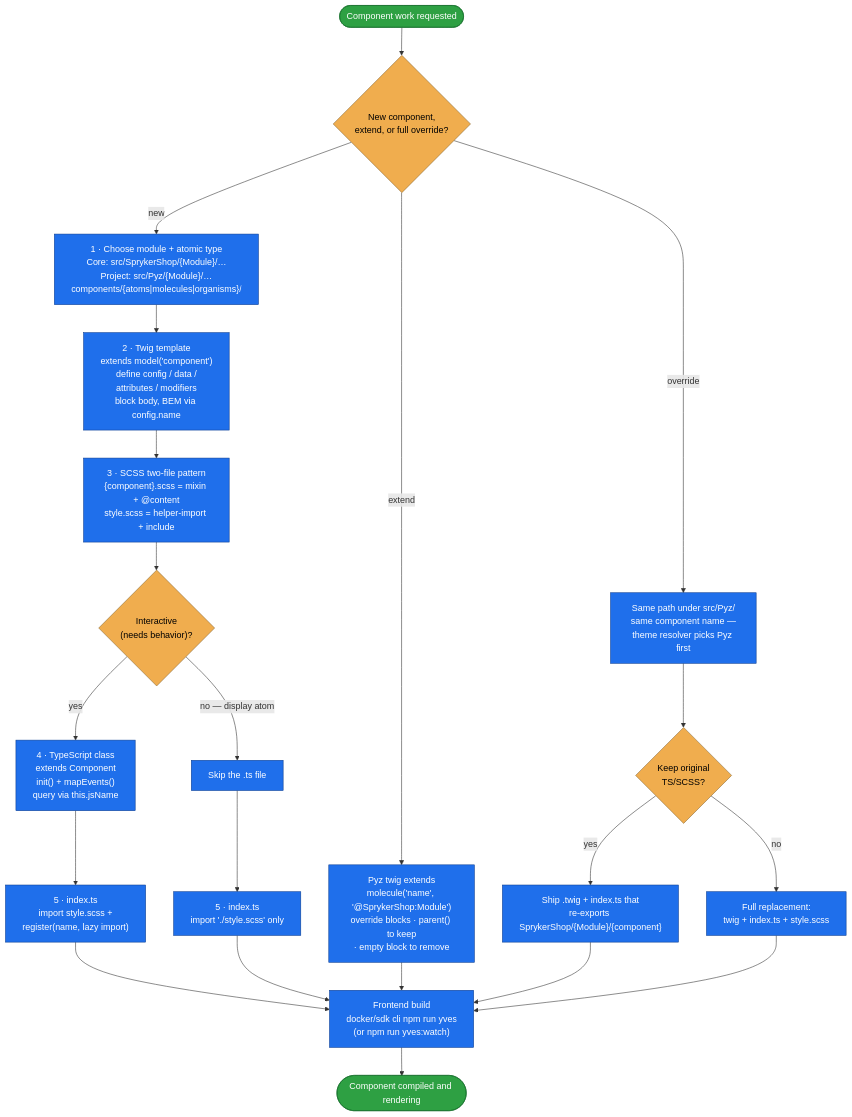
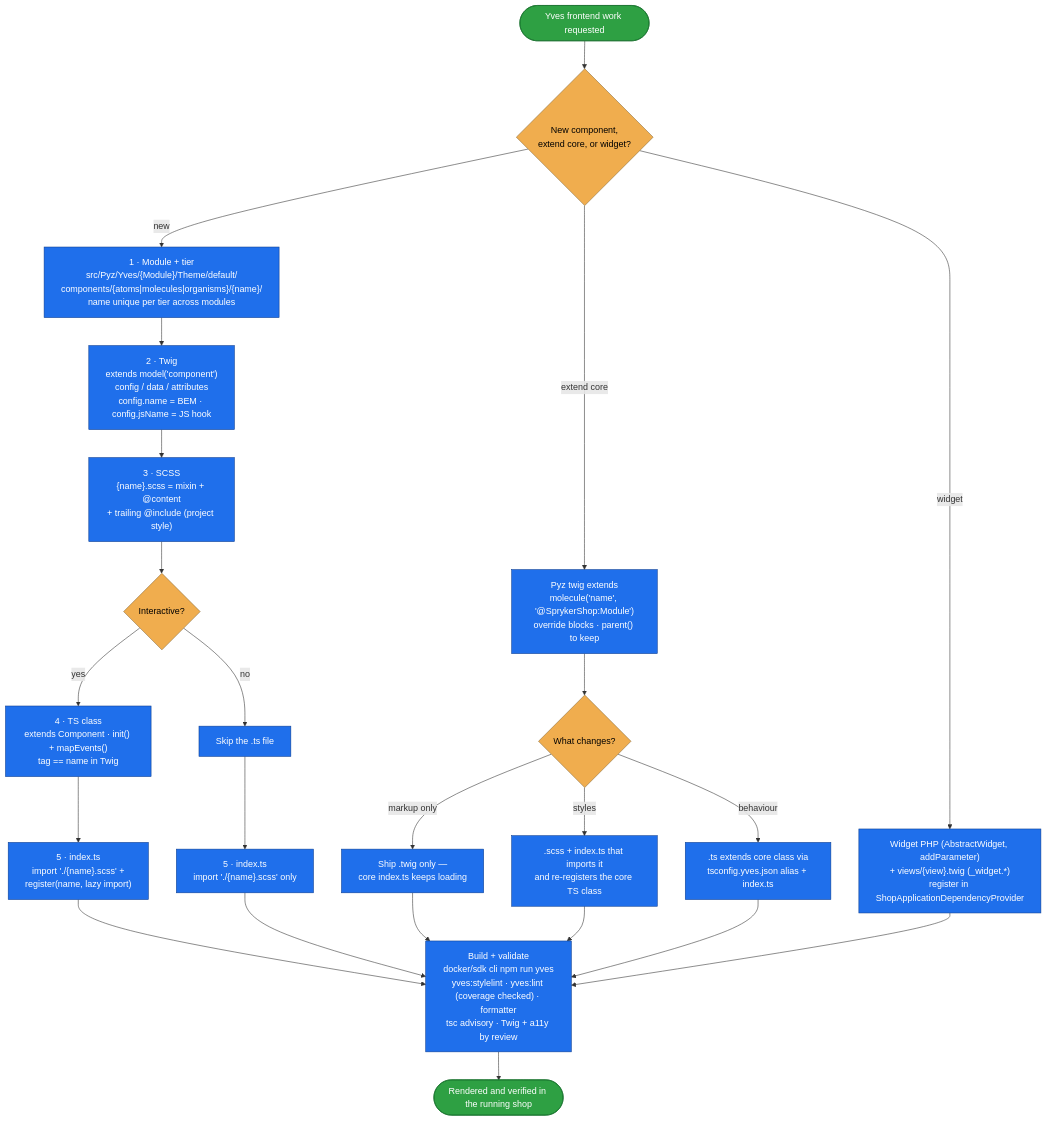
One commit to spryker-sdk/ai-dev changed the diagram in plugins/spryker-ai-dev-sdk/skills/yves-atomic-frontend/README.md. Above: the diagram before and after it, drawn with Mermaid. The commit also changed other lines of this file and 16 other files, not shown here.

First line of the commit message:
CC-40507: Migrate frontend rules and skills from suite to project scope

````diff
--- a/plugins/spryker-ai-dev-sdk/skills/yves-atomic-frontend/README.md
+++ b/plugins/spryker-ai-dev-sdk/skills/yves-atomic-frontend/README.md
@@ -22,35 +26,37 @@
 ```mermaid
 flowchart TD
-    A([Component work requested]) --> B{"New component,<br/>extend, or full override?"}
+    A([Yves frontend work requested]) --> B{"New component,<br/>extend core, or widget?"}
 
-    B -- "new" --> C["1 · Choose module + atomic type<br/>Core: src/SprykerShop/{Module}/…<br/>Project: src/Pyz/{Module}/…<br/>components/{atoms|molecules|organisms}/"]
-    C --> D["2 · Twig template<br/>extends model('component')<br/>define config / data /<br/>attributes / modifiers<br/>block body, BEM via config.name"]
-    D --> E["3 · SCSS two-file pattern<br/>{component}.scss = mixin + @content<br/>style.scss = helper-import + include"]
-    E --> F{"Interactive<br/>(needs behavior)?"}
-    F -- "yes" --> G["4 · TypeScript class<br/>extends Component<br/>init() + mapEvents()<br/>query via this.jsName"]
-    F -- "no — display atom" --> H["Skip the .ts file"]
-    G --> I["5 · index.ts<br/>import style.scss +<br/>register(name, lazy import)"]
-    H --> I2["5 · index.ts<br/>import './style.scss' only"]
-    I --> BUILD
-    I2 --> BUILD
+    B -- "new" --> C["1 · Module + tier<br/>src/Pyz/Yves/{Module}/Theme/default/<br/>components/{atoms|molecules|organisms}/{name}/<br/>name unique per tier across modules"]
+    C --> D["2 · Twig<br/>extends model('component')<br/>config / data / attributes<br/>config.name = BEM · config.jsName = JS hook"]
+    D --> E["3 · SCSS<br/>{name}.scss = mixin + @content<br/>+ trailing @include (project style)"]
+    E --> F{"Interactive?"}
+    F -- "yes" --> G["4 · TS class<br/>extends Component · init() + mapEvents()<br/>tag == name in Twig"]
+    F -- "no" --> H["Skip the .ts file"]
+    G --> I["5 · index.ts<br/>import './{name}.scss' +<br/>register(name, lazy import)"]
+    H --> I2["5 · index.ts<br/>import './{name}.scss' only"]
+    I --> VAL
+    I2 --> VAL
 
-    B -- "extend" --> X["Pyz twig extends<br/>molecule('name', '@SprykerShop:Module')<br/>override blocks · parent() to keep<br/>· empty block to remove"]
-    X --> BUILD
+    B -- "extend core" --> X["Pyz twig extends<br/>molecule('name', '@SprykerShop:Module')<br/>override blocks · parent() to keep"]
+    X --> Z{"What changes?"}
+    Z -- "markup only" --> Z1["Ship .twig only —<br/>core index.ts keeps loading"]
+    Z -- "styles" --> Z2[".scss + index.ts that imports it<br/>and re-registers the core TS class"]
+    Z -- "behaviour" --> Z3[".ts extends core class via<br/>tsconfig.yves.json alias + index.ts"]
+    Z1 --> VAL
+    Z2 --> VAL
+    Z3 --> VAL
 
-    B -- "override" --> Y["Same path under src/Pyz/<br/>same component name —<br/>theme resolver picks Pyz first"]
-    Y --> Z{"Keep original<br/>TS/SCSS?"}
-    Z -- "yes" --> Z1["Ship .twig + index.ts that<br/>re-exports SprykerShop/{Module}/{component}"]
-    Z -- "no" --> Z2["Full replacement:<br/>twig + index.ts + style.scss"]
-    Z1 --> BUILD
-    Z2 --> BUILD
+    B -- "widget" --> W["Widget PHP (AbstractWidget, addParameter)<br/>+ views/{view}.twig (_widget.*)<br/>register in ShopApplicationDependencyProvider"]
+    W --> VAL
 
-    BUILD["Frontend build<br/>docker/sdk cli npm run yves<br/>(or npm run yves:watch)"]
-    BUILD --> END([Component compiled and rendering])
+    VAL["Build + validate<br/>docker/sdk cli npm run yves<br/>yves:stylelint · yves:lint (coverage checked) · formatter<br/>tsc advisory · Twig + a11y by review"]
+    VAL --> END([Rendered and verified in the running shop])
 
     classDef step fill:#1f6feb,stroke:#0b3d91,color:#fff;
     classDef decision fill:#f0ad4e,stroke:#8a6d3b,color:#000;
     classDef terminal fill:#2ea043,stroke:#176f2c,color:#fff;
-    class C,D,E,G,H,I,I2,X,Y,Z1,Z2,BUILD step;
+    class C,D,E,G,H,I,I2,X,Z1,Z2,Z3,W,VAL step;
     class B,F,Z decision;
     class A,END terminal;
 ```
````
